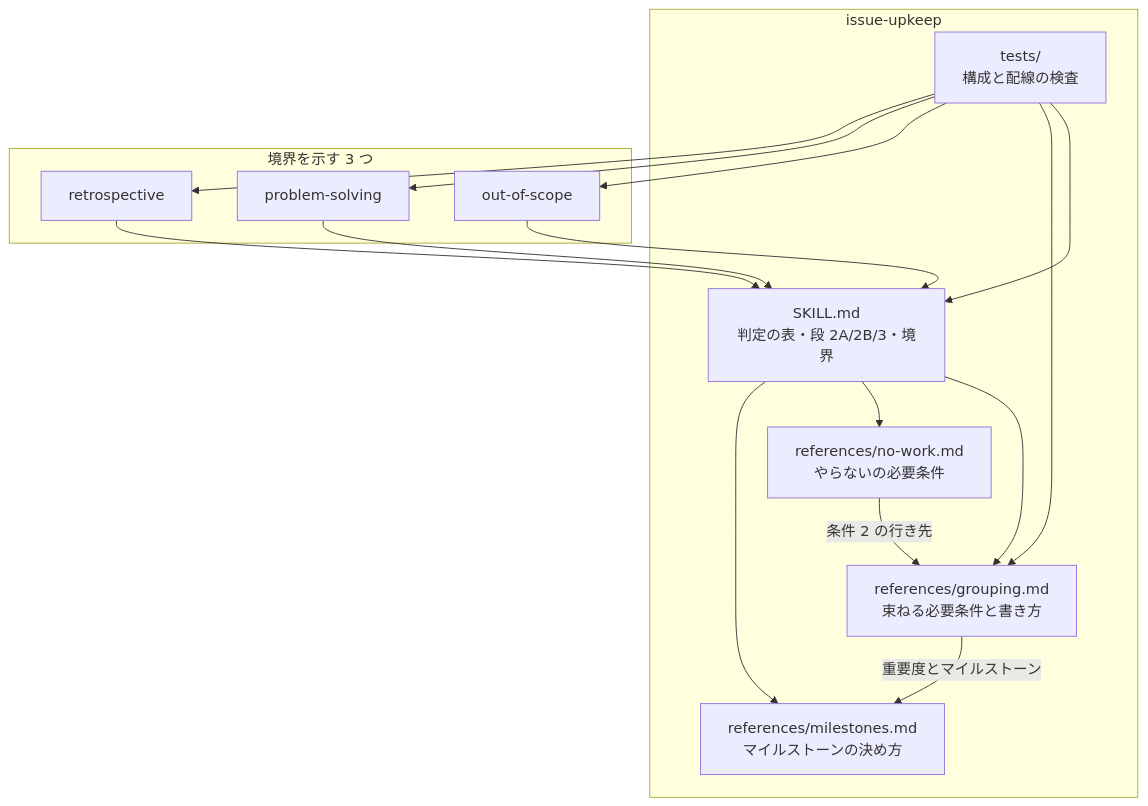
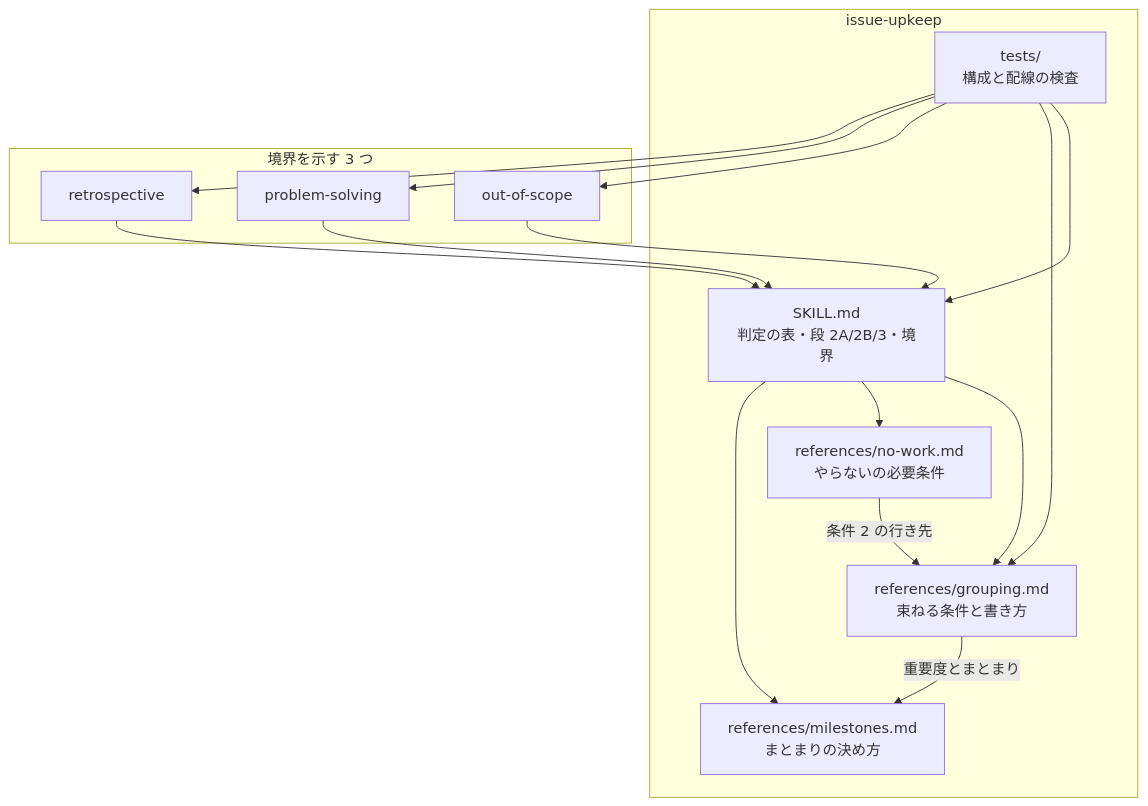
The second of 3 diagrams in issues/issue-712-713-design.md (devbasex/ai-plugins), drawn with Mermaid before and after one commit. The commit also changed other lines of this file and 1 other file, not shown here.

````diff
--- a/issues/issue-712-713-design.md
+++ b/issues/issue-712-713-design.md
@@ -55,28 +214,28 @@
 ```mermaid
 graph TD
     subgraph upkeep["issue-upkeep"]
         SKILL["SKILL.md<br/>判定の表・段 2A/2B/3・境界"]
-        GROUPING["references/grouping.md<br/>束ねる必要条件と書き方"]
+        GROUPING["references/grouping.md<br/>束ねる条件と書き方"]
         NOWORK["references/no-work.md<br/>やらないの必要条件"]
-        MS["references/milestones.md<br/>マイルストーンの決め方"]
+        MS["references/milestones.md<br/>まとまりの決め方"]
         TEST["tests/<br/>構成と配線の検査"]
     end
     subgraph others["境界を示す 3 つ"]
         OOS["out-of-scope"]
         PS["problem-solving"]
         RETRO["retrospective"]
     end
     SKILL --> GROUPING
     SKILL --> NOWORK
     SKILL --> MS
     NOWORK -->|条件 2 の行き先| GROUPING
-    GROUPING -->|重要度とマイルストーン| MS
+    GROUPING -->|重要度とまとまり| MS
     TEST --> SKILL
     TEST --> GROUPING
     TEST --> OOS
     TEST --> PS
     TEST --> RETRO
     OOS --> SKILL
     PS --> SKILL
     RETRO --> SKILL
 ```
````
